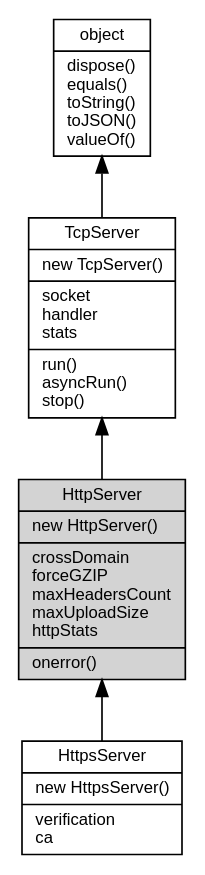
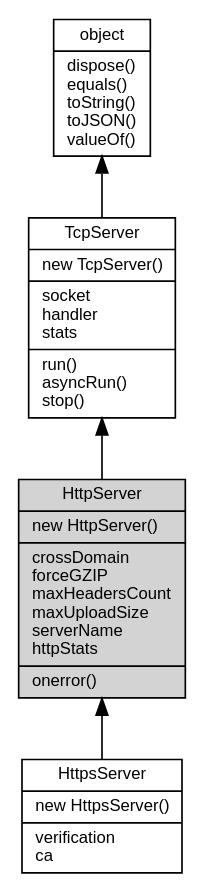
One commit to fibjs/fibjs.org changed the diagram in docs/manual/object/ifs/HttpServer.md. Above: the diagram before and after it, drawn with Graphviz. The commit also changed other lines of this file and 14 other files, not shown here.

````diff
--- a/docs/manual/object/ifs/HttpServer.md
+++ b/docs/manual/object/ifs/HttpServer.md
@@ -22,14 +22,14 @@
 ```dot
 digraph {
     node [fontname="Helvetica,sans-Serif", fontsize=10, shape="record", style="filled", fillcolor="white"];
 
     object [tooltip="object", URL="object.md", label="{object|dispose()\lequals()\ltoString()\ltoJSON()\lvalueOf()\l}"];
     TcpServer [tooltip="TcpServer", URL="TcpServer.md", label="{TcpServer|new TcpServer()\l|socket\lhandler\lstats\l|run()\lasyncRun()\lstop()\l}"];
-    HttpServer [tooltip="HttpServer", fillcolor="lightgray", label="{HttpServer|new HttpServer()\l|crossDomain\lforceGZIP\lmaxHeadersCount\lmaxUploadSize\lhttpStats\l|onerror()\l}"];
+    HttpServer [tooltip="HttpServer", fillcolor="lightgray", label="{HttpServer|new HttpServer()\l|crossDomain\lforceGZIP\lmaxHeadersCount\lmaxUploadSize\lserverName\lhttpStats\l|onerror()\l}"];
     HttpsServer [tooltip="HttpsServer", URL="HttpsServer.md", label="{HttpsServer|new HttpsServer()\l|verification\lca\l}"];
 
     object -> TcpServer [dir=back];
     TcpServer -> HttpServer [dir=back];
     HttpServer -> HttpsServer [dir=back];
 }
 ```
````
